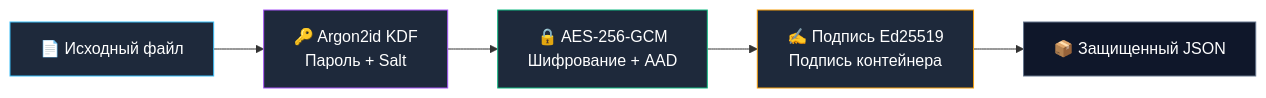
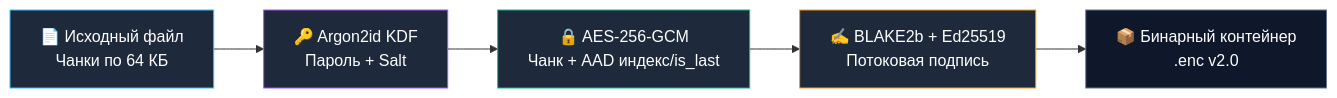
One commit to Ruslan4425/Secure-File-Encryptor changed the diagram in README.ru.md. Above: the diagram before and after it, drawn with Mermaid. The commit also changed other lines of this file and 4 other files, not shown here.

````diff
--- a/README.ru.md
+++ b/README.ru.md
@@ -32,13 +27,13 @@
 ```mermaid
 flowchart LR
-    A[📄 Исходный файл] --> B[🔑 Argon2id KDF<br/>Пароль + Salt]
-    B --> C[🔒 AES-256-GCM<br/>Шифрование + AAD]
-    C --> D[✍️ Подпись Ed25519<br/>Подпись контейнера]
-    D --> E[📦 Защищенный JSON]
+    A[📄 Исходный файл<br/>Чанки по 64 КБ] --> B[🔑 Argon2id KDF<br/>Пароль + Salt]
+    B --> C[🔒 AES-256-GCM<br/>Чанк + AAD индекс/is_last]
+    C --> D[✍️ BLAKE2b + Ed25519<br/>Потоковая подпись]
+    D --> E[📦 Бинарный контейнер<br/>.enc v2.0]
 
     style A fill:#1e293b,stroke:#38bdf8,color:#fff
     style B fill:#1e293b,stroke:#a855f7,color:#fff
     style C fill:#1e293b,stroke:#10b981,color:#fff
     style D fill:#1e293b,stroke:#f59e0b,color:#fff
     style E fill:#0f172a,stroke:#64748b,color:#fff
 ```
````
